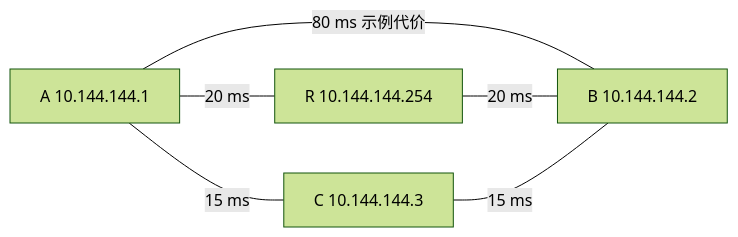
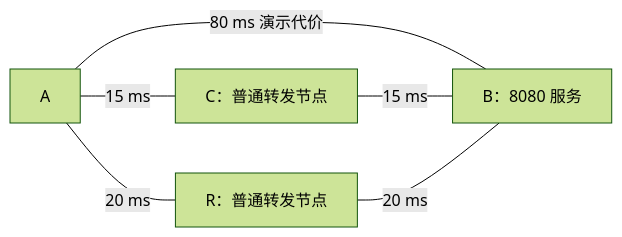
The diagram in apps/website/chapters/14-topology.md (sonofmagic/easytier-docs), drawn with Mermaid (forest theme) before and after one commit. The commit also changed other lines of this file and 59 other files, not shown here.

````diff
--- a/apps/website/chapters/14-topology.md
+++ b/apps/website/chapters/14-topology.md
@@ -28,8 +33,8 @@
 ```mermaid
 flowchart LR
-  A[A 10.144.144.1] ---|80 ms 示例代价| B[B 10.144.144.2]
-  A ---|20 ms| R[R 10.144.144.254]
-  R ---|20 ms| B
-  A ---|15 ms| C[C 10.144.144.3]
-  C ---|15 ms| B
+  A["A"] ---|"80 ms 演示代价"| B["B：8080 服务"]
+  A ---|"15 ms"| C["C：普通转发节点"]
+  C ---|"15 ms"| B
+  A ---|"20 ms"| R["R：普通转发节点"]
+  R ---|"20 ms"| B
 ```
````
